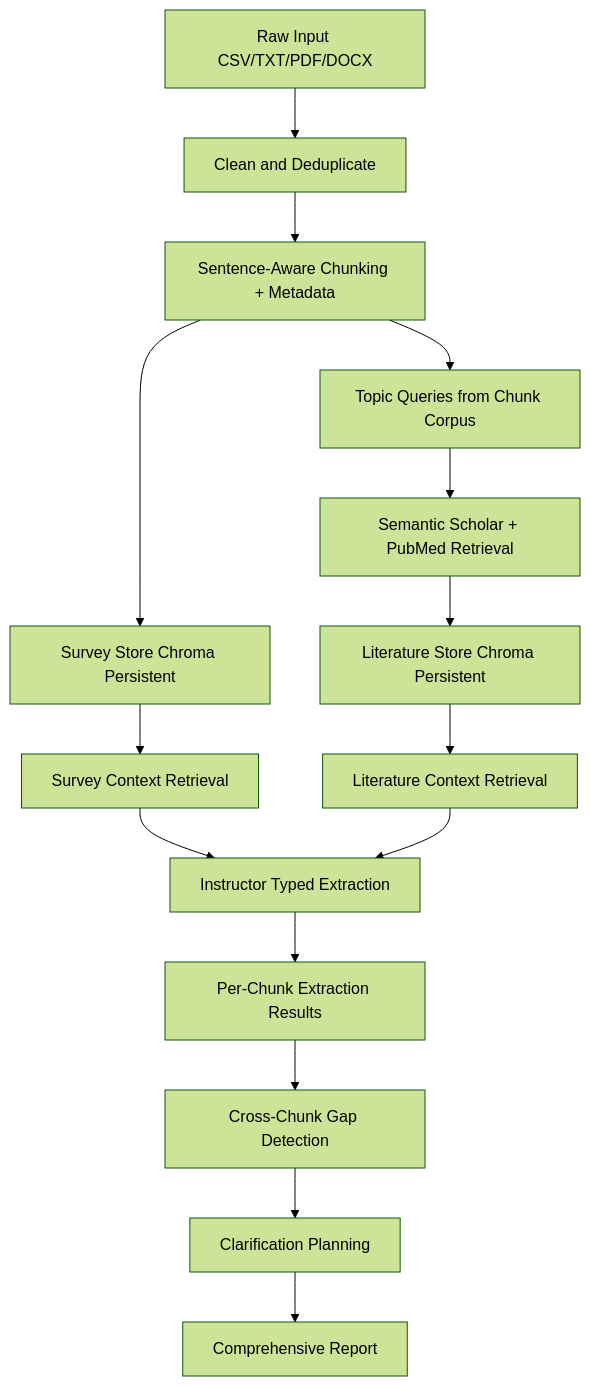
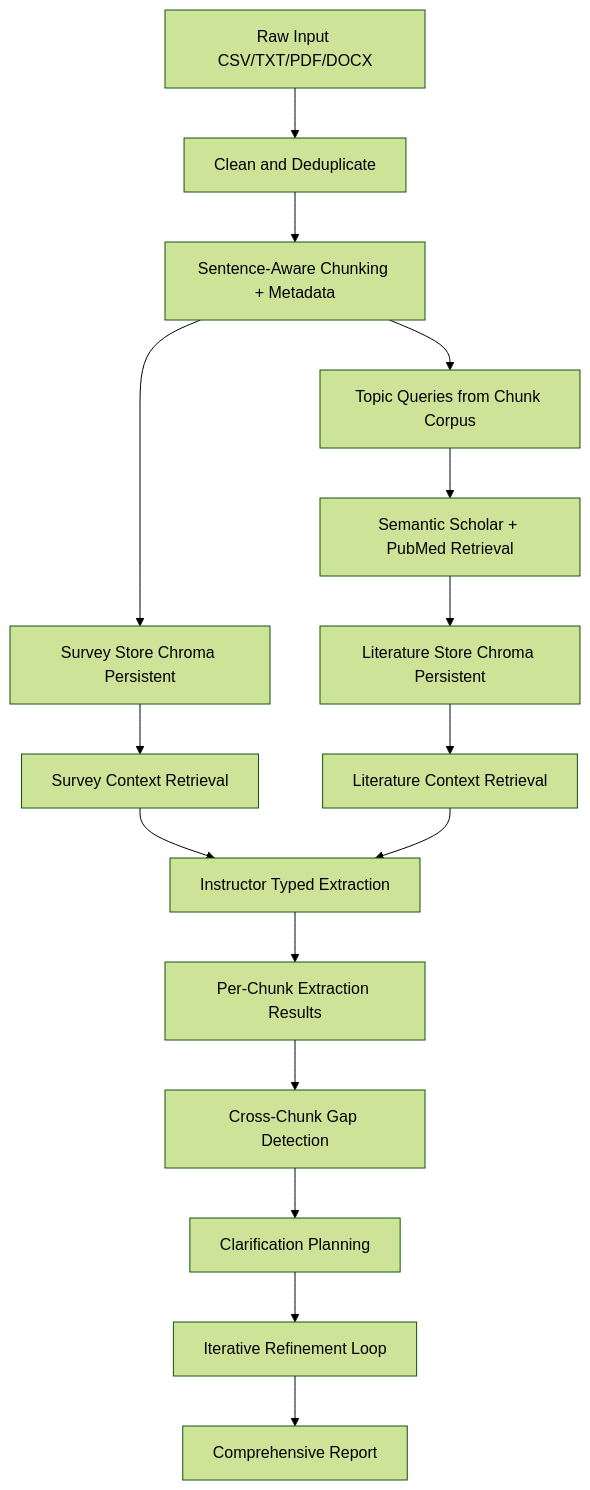
Before and after one commit to haseebraza715/llm-survey-model-specification: the diagram in ARCHITECTURE.md, drawn with Mermaid (forest theme). The commit also changed other lines of this file and 5 other files, not shown here.

````diff
--- a/ARCHITECTURE.md
+++ b/ARCHITECTURE.md
@@ -23,17 +24,18 @@
 ```mermaid
 flowchart TD
     A[Raw Input CSV/TXT/PDF/DOCX] --> B[Clean and Deduplicate]
     B --> C[Sentence-Aware Chunking + Metadata]
     C --> D[Survey Store Chroma Persistent]
     C --> E[Topic Queries from Chunk Corpus]
     E --> F[Semantic Scholar + PubMed Retrieval]
     F --> G[Literature Store Chroma Persistent]
     D --> H[Survey Context Retrieval]
     G --> I[Literature Context Retrieval]
     H --> J[Instructor Typed Extraction]
     I --> J
     J --> K[Per-Chunk Extraction Results]
     K --> L[Cross-Chunk Gap Detection]
     L --> M[Clarification Planning]
-    M --> N[Comprehensive Report]
+    M --> N[Iterative Refinement Loop]
+    N --> O[Comprehensive Report]
 ```
````
